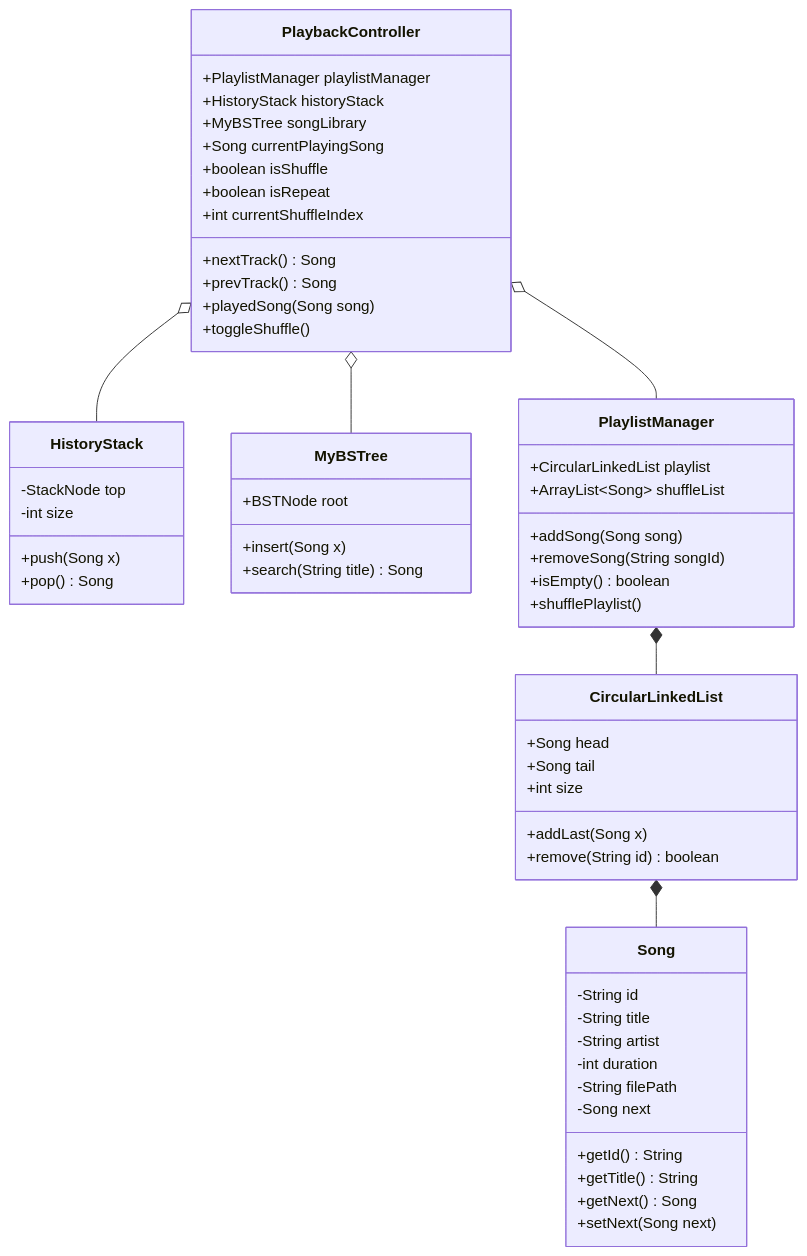
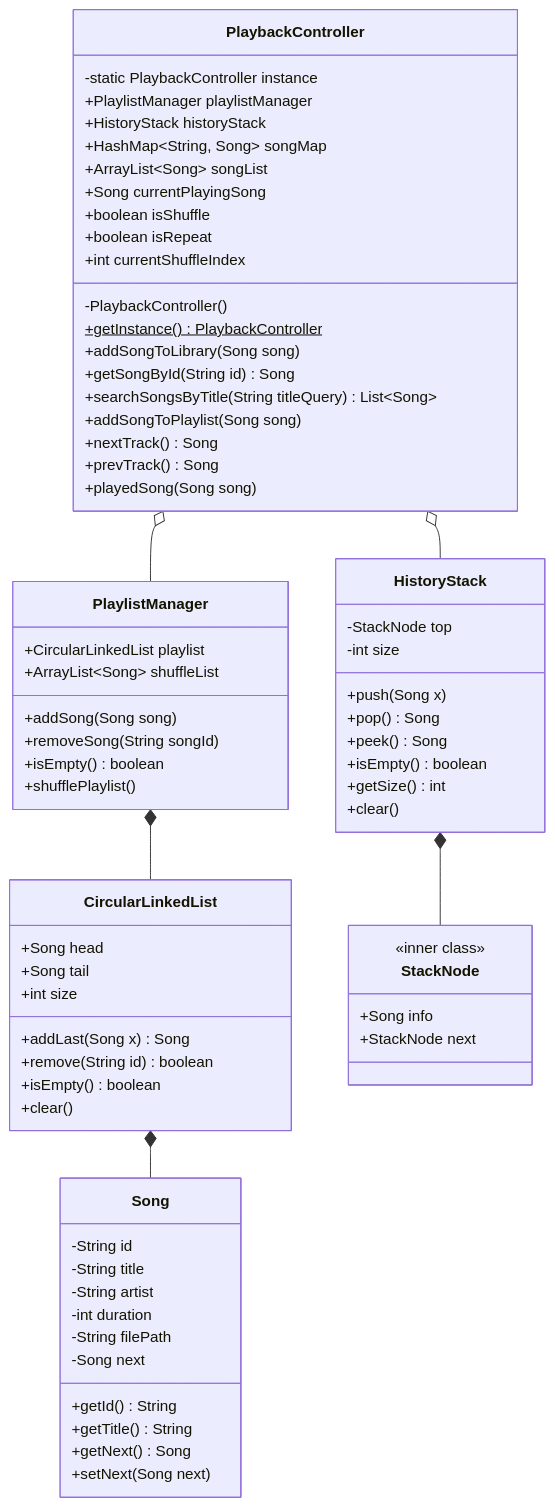
One commit to AnOwlForWhat/musica-playlist-manager-webapplication changed the first of 2 diagrams in Report2_Design.md. Above: the diagram before and after it, drawn with Mermaid. The commit also changed other lines of this file and 2 other files, not shown here.

Commit message:
demo report2English Report2_CSD201 + flowchart

````diff
--- a/Report2_Design.md
+++ b/Report2_Design.md
@@ -12,65 +14,78 @@
 ```mermaid
 classDiagram
     class Song {
         -String id
         -String title
         -String artist
         -int duration
         -String filePath
         -Song next
         +getId() String
         +getTitle() String
         +getNext() Song
         +setNext(Song next)
     }
 
     class CircularLinkedList {
         +Song head
         +Song tail
         +int size
-        +addLast(Song x)
+        +addLast(Song x) Song
         +remove(String id) boolean
+        +isEmpty() boolean
+        +clear()
+    }
+
+    class StackNode {
+        <<inner class>>
+        +Song info
+        +StackNode next
     }
 
     class HistoryStack {
         -StackNode top
         -int size
         +push(Song x)
         +pop() Song
-    }
-
-    class MyBSTree {
-        +BSTNode root
-        +insert(Song x)
-        +search(String title) Song
+        +peek() Song
+        +isEmpty() boolean
+        +getSize() int
+        +clear()
     }
 
     class PlaybackController {
+        -static PlaybackController instance
         +PlaylistManager playlistManager
         +HistoryStack historyStack
-        +MyBSTree songLibrary
+        +HashMap~String, Song~ songMap
+        +ArrayList~Song~ songList
         +Song currentPlayingSong
         +boolean isShuffle
         +boolean isRepeat
         +int currentShuffleIndex
+        -PlaybackController()
+        +getInstance() PlaybackController$
+        +addSongToLibrary(Song song)
+        +getSongById(String id) Song
+        +searchSongsByTitle(String titleQuery) List~Song~
+        +addSongToPlaylist(Song song)
         +nextTrack() Song
         +prevTrack() Song
         +playedSong(Song song)
-        +toggleShuffle()
     }
 
     class PlaylistManager {
         +CircularLinkedList playlist
         +ArrayList~Song~ shuffleList
         +addSong(Song song)
         +removeSong(String songId)
         +isEmpty() boolean
         +shufflePlaylist()
     }
 
+    HistoryStack *-- StackNode
     PlaybackController o-- PlaylistManager
     PlaybackController o-- HistoryStack
-    PlaybackController o-- MyBSTree
     CircularLinkedList *-- Song
     PlaylistManager *-- CircularLinkedList
 ```
````
